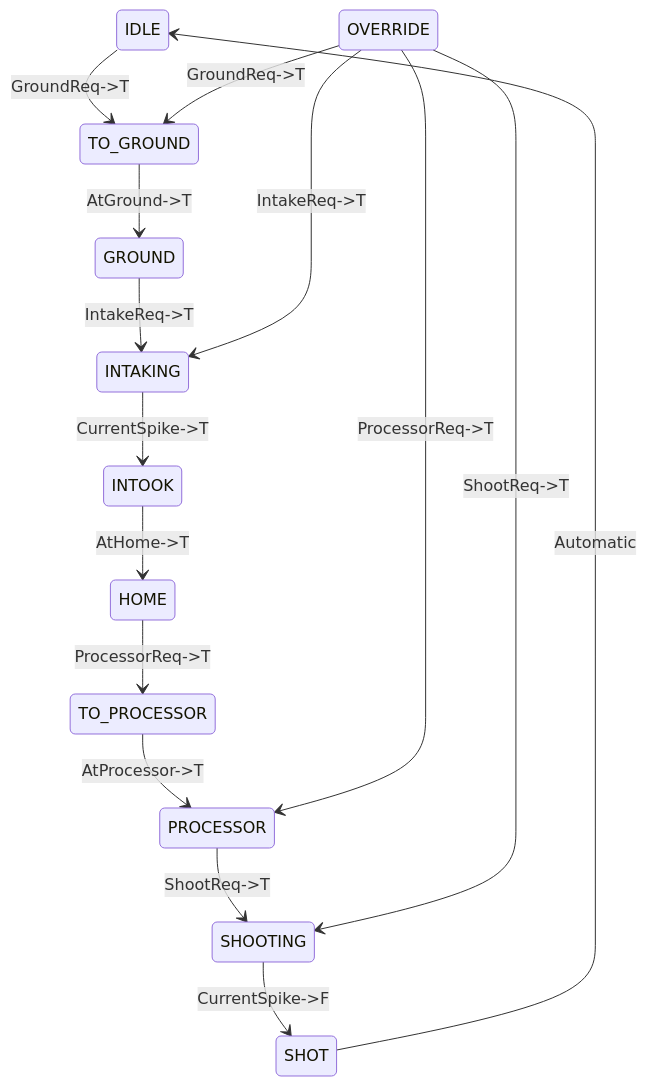
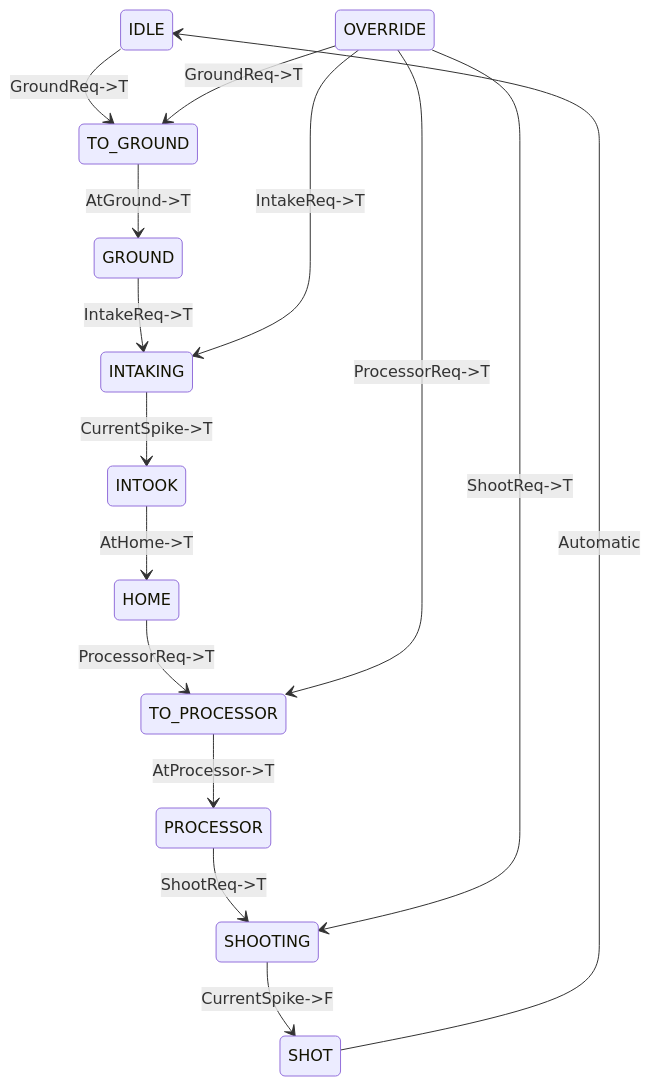
The diagram in docs/Algae.md (WaltonRobotics/Reefscape), drawn with Mermaid before and after one commit.

````diff
--- a/docs/Algae.md
+++ b/docs/Algae.md
@@ -16,30 +16,30 @@
 ```mermaid
 stateDiagram
     state "IDLE" as s1
     state "TO_GROUND" as s2
     state "GROUND" as s3
     state "INTAKING" as s4
     state "INTOOK" as s5
     state "HOME" as s6
     state "TO_PROCESSOR" as s7
     state "PROCESSOR" as s8
     state "SHOOTING" as s9
     state "SHOT" as s10
     state "OVERRIDE" as s11
 
     s1 --> s2: GroundReq->T
     s2 --> s3: AtGround->T
     s3 --> s4: IntakeReq->T
     s4 --> s5: CurrentSpike->T
     s5 --> s6: AtHome->T
     s6 --> s7: ProcessorReq->T
     s7 --> s8: AtProcessor->T
     s8 --> s9: ShootReq->T
     s9 --> s10: CurrentSpike->F
     s10 --> s1: Automatic
     s11 --> s2: GroundReq->T
     s11 --> s4: IntakeReq->T
-    s11 --> s8: ProcessorReq->T
+    s11 --> s7: ProcessorReq->T
     s11 --> s9: ShootReq->T
 
 ```
````
